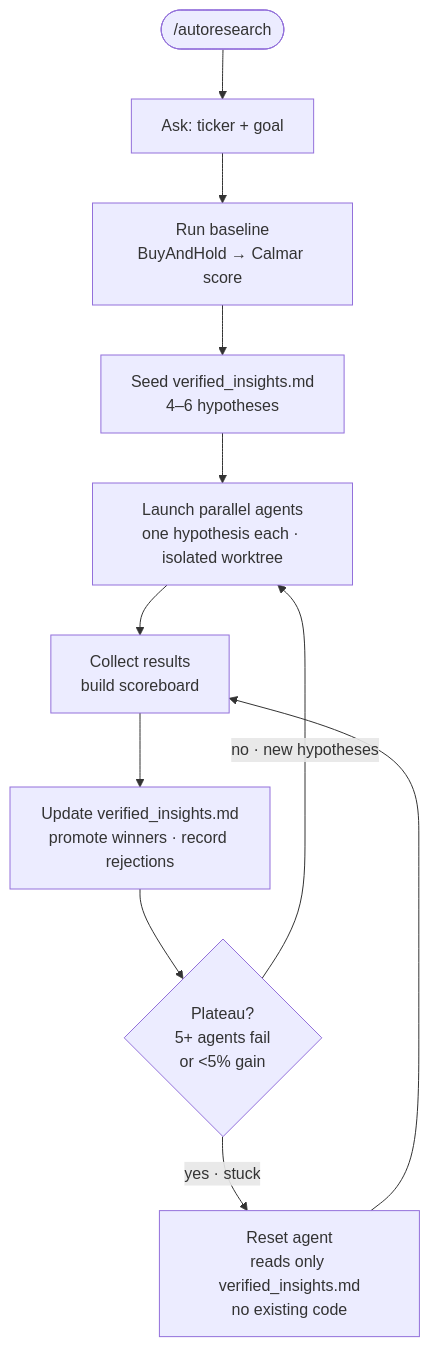
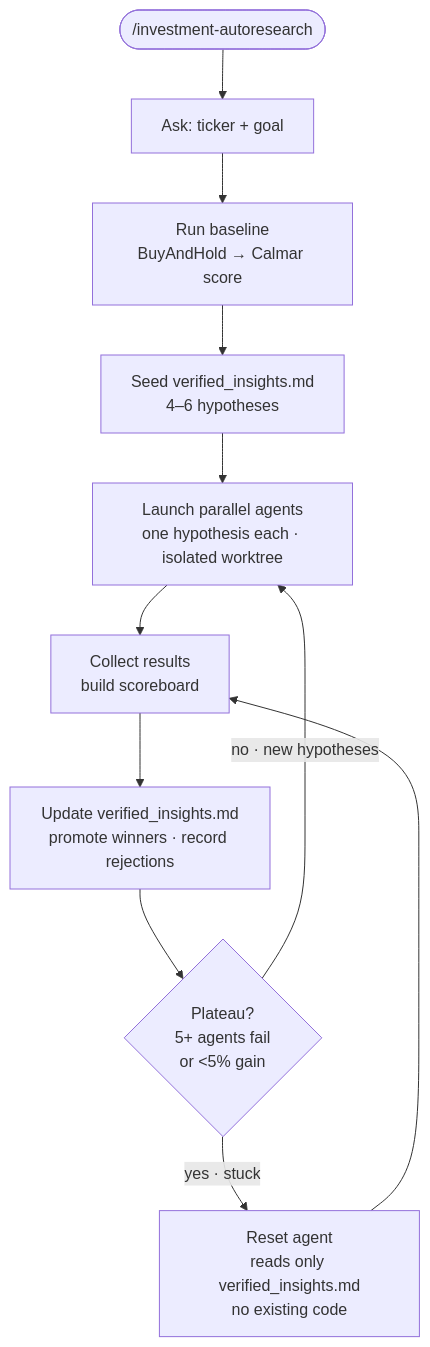
The diagram in README.md (lucemia/investment-autoresearch), drawn with Mermaid before and after one commit.

Commit message:
docs: fix slash command in flowchart

````diff
--- a/README.md
+++ b/README.md
@@ -20,13 +20,13 @@
 ```mermaid
 flowchart TD
-    A(["/autoresearch"]) --> B["Ask: ticker + goal"]
+    A(["/investment-autoresearch"]) --> B["Ask: ticker + goal"]
     B --> C["Run baseline\nBuyAndHold → Calmar score"]
     C --> D["Seed verified_insights.md\n4–6 hypotheses"]
     D --> E["Launch parallel agents\none hypothesis each · isolated worktree"]
     E --> F["Collect results\nbuild scoreboard"]
     F --> G["Update verified_insights.md\npromote winners · record rejections"]
     G --> H{Plateau?\n5+ agents fail\nor <5% gain}
     H -- "no · new hypotheses" --> E
     H -- "yes · stuck" --> I["Reset agent\nreads only verified_insights.md\nno existing code"]
     I --> F
 ```
````
